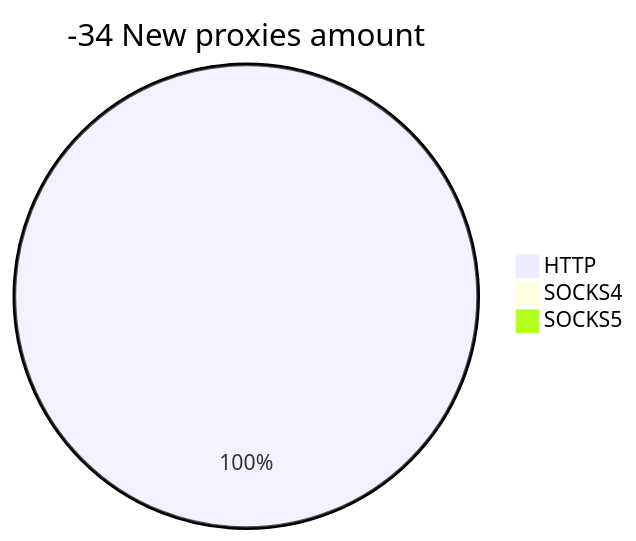
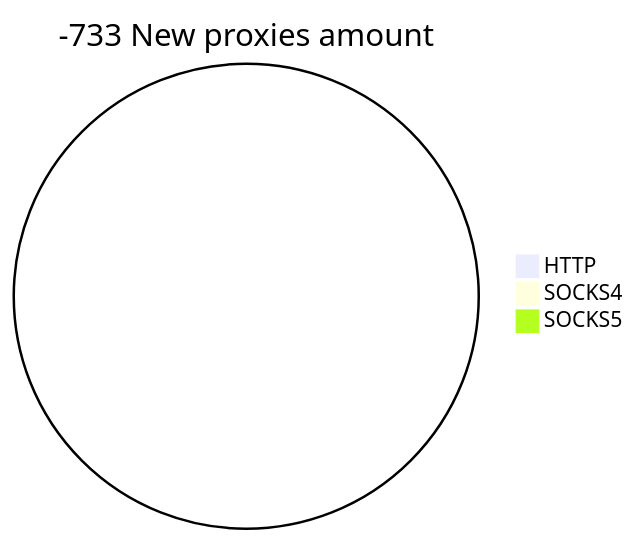
The second of 2 diagrams in README.md (cutipu/proxylist), drawn with Mermaid before and after one commit. The commit also changed other lines of this file, not shown here.

````diff
--- a/README.md
+++ b/README.md
@@ -10,6 +10,6 @@
 ```mermaid
-pie title -34 New proxies amount
-    "HTTP" : 1
+pie title -733 New proxies amount
+    "HTTP" : 0
     "SOCKS4" : 0
     "SOCKS5" : 0
 ```
````
